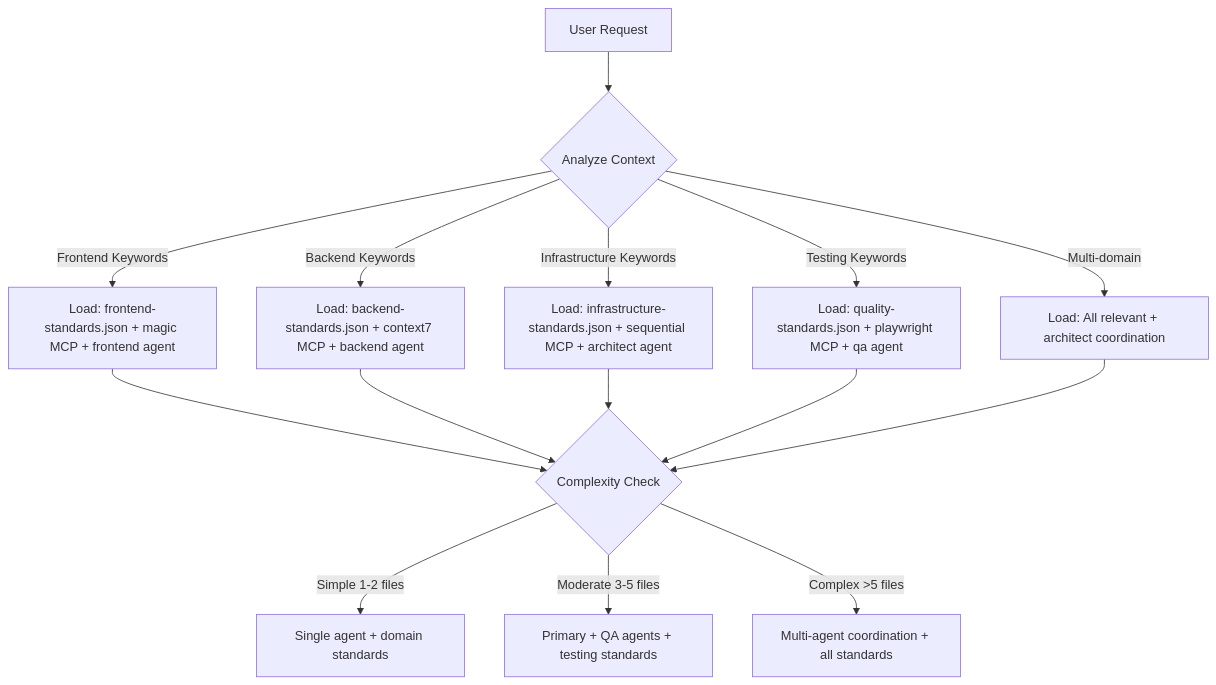
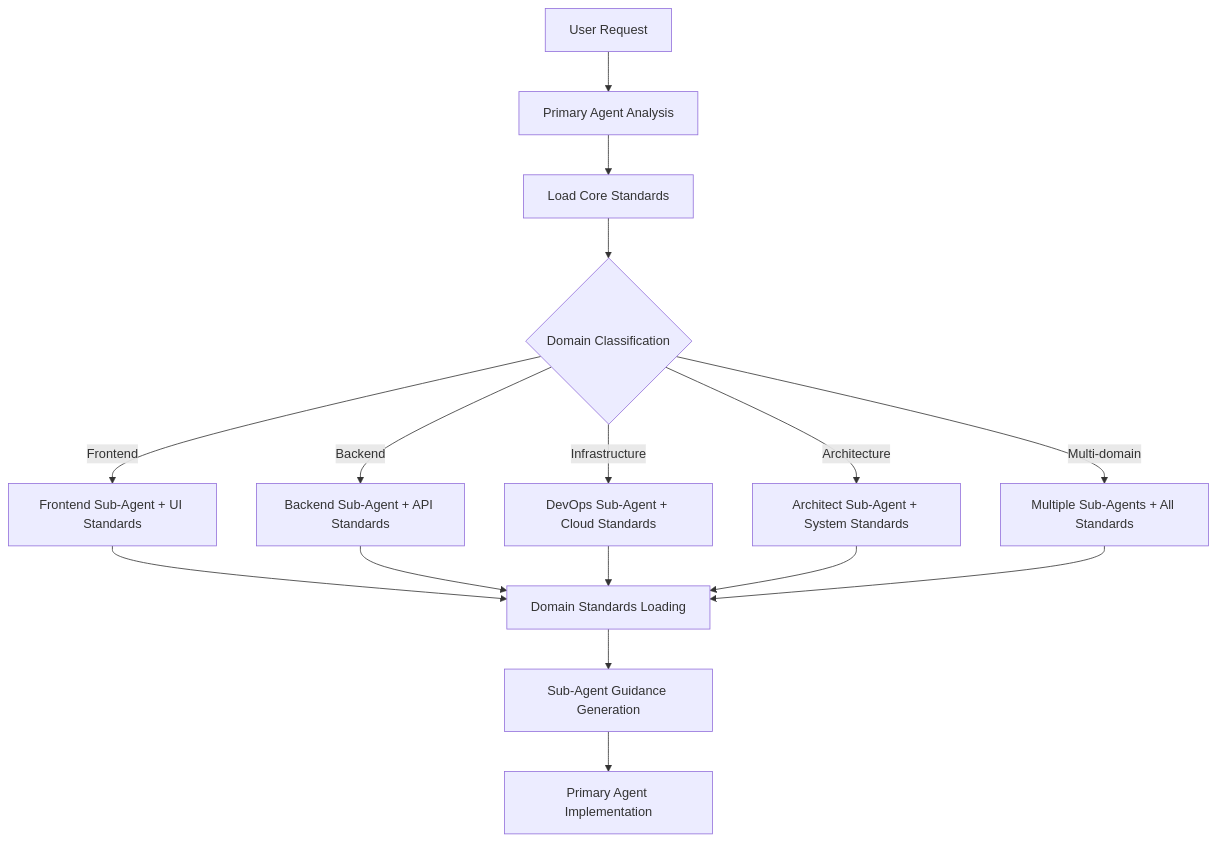
The fourth of 4 diagrams in docker/opencode/config/AGENTS.md (MerlinFloyd/horizon-sdlc-v2), drawn with Mermaid before and after one commit. The commit also changed other lines of this file and 32 other files, not shown here.

````diff
--- a/docker/opencode/config/AGENTS.md
+++ b/docker/opencode/config/AGENTS.md
@@ -172,19 +180,21 @@
 ```mermaid
 graph TD
-    A[User Request] --> B{Analyze Context}
-    B -->|Frontend Keywords| C[Load: frontend-standards.json + magic MCP + frontend agent]
-    B -->|Backend Keywords| D[Load: backend-standards.json + context7 MCP + backend agent]
-    B -->|Infrastructure Keywords| E[Load: infrastructure-standards.json + sequential MCP + architect agent]
-    B -->|Testing Keywords| F[Load: quality-standards.json + playwright MCP + qa agent]
-    B -->|Multi-domain| G[Load: All relevant + architect coordination]
+    A[User Request] --> B[Primary Agent Analysis]
+    B --> C[Load Core Standards]
+    C --> D{Domain Classification}
 
-    C --> H{Complexity Check}
-    D --> H
-    E --> H
-    F --> H
-    G --> H
+    D -->|Frontend| E[Frontend Sub-Agent + UI Standards]
+    D -->|Backend| F[Backend Sub-Agent + API Standards]
+    D -->|Infrastructure| G[DevOps Sub-Agent + Cloud Standards]
+    D -->|Architecture| H[Architect Sub-Agent + System Standards]
+    D -->|Multi-domain| I[Multiple Sub-Agents + All Standards]
 
-    H -->|Simple 1-2 files| I[Single agent + domain standards]
-    H -->|Moderate 3-5 files| J[Primary + QA agents + testing standards]
-    H -->|Complex >5 files| K[Multi-agent coordination + all standards]
+    E --> J[Domain Standards Loading]
+    F --> J
+    G --> J
+    H --> J
+    I --> J
+
+    J --> K[Sub-Agent Guidance Generation]
+    K --> L[Primary Agent Implementation]
 ```
````
